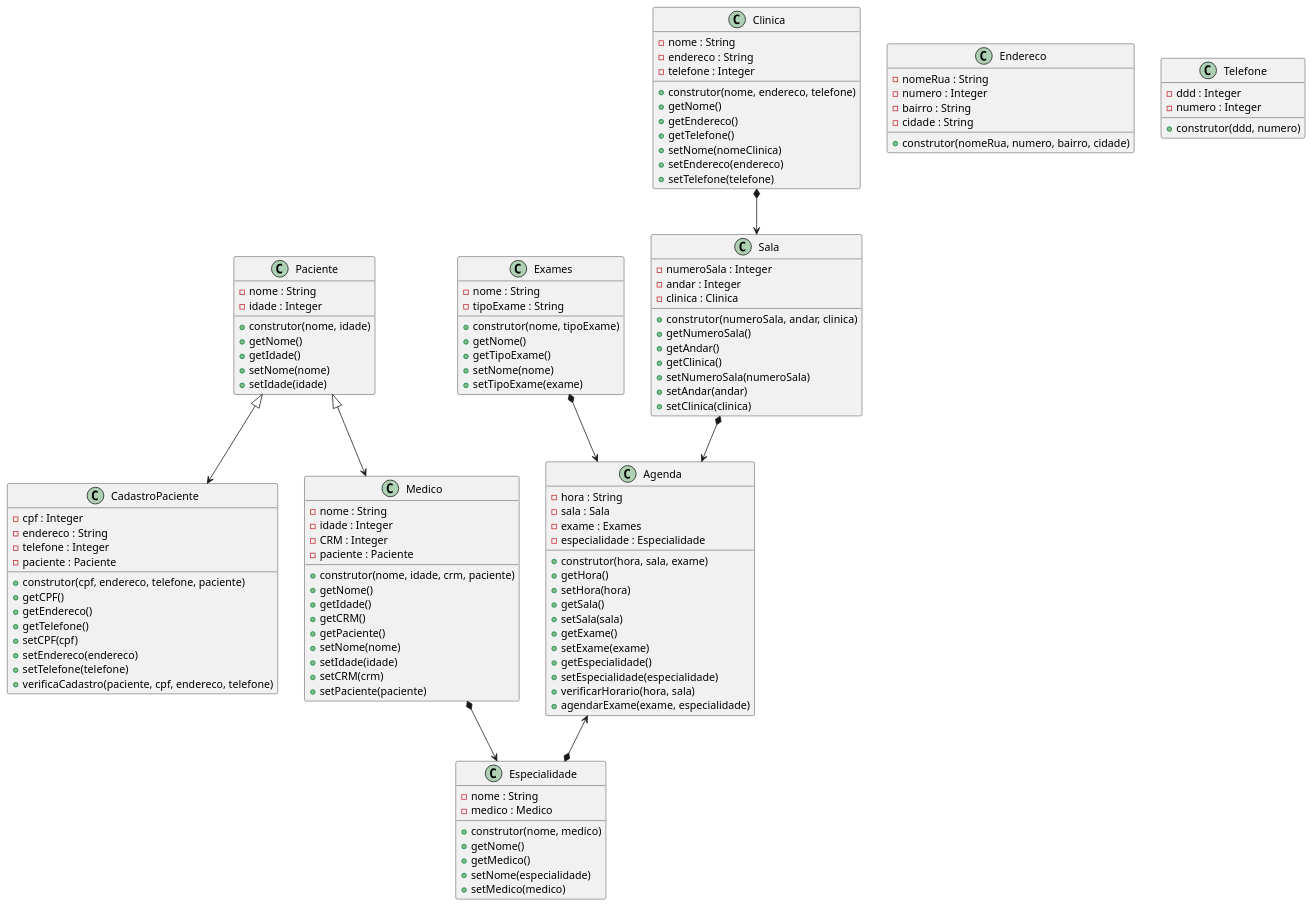
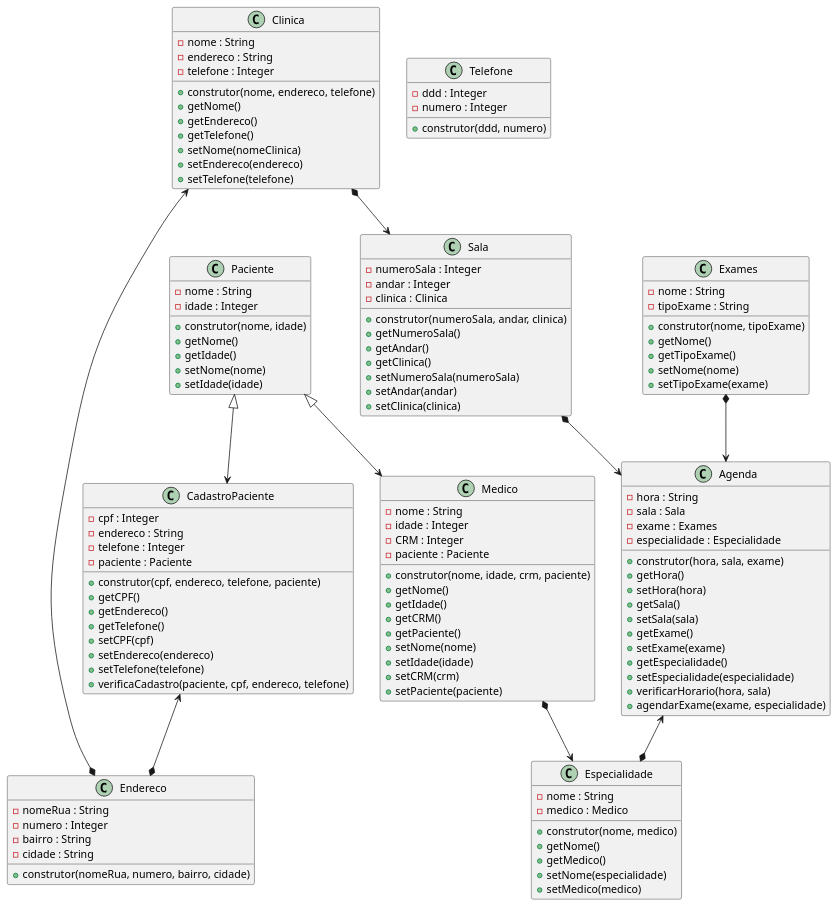
One commit to anleaes/2022-1-N2-POO-03 changed the diagram in diagrama.plantuml. Above: the diagram before and after it, drawn with PlantUML.

Commit message:
ajustado herança da classe endereco

```diff
--- a/diagrama.plantuml
+++ b/diagrama.plantuml
@@ -1,130 +1,132 @@
 @startuml Gerenciamento de Exames Medicos
 
     class Agenda{
         - hora : String
         - sala : Sala
         - exame : Exames
         - especialidade : Especialidade
         + construtor(hora, sala, exame)
         + getHora()
         + setHora(hora)
         + getSala()
         + setSala(sala)
         + getExame()
         + setExame(exame)
         + getEspecialidade()
         + setEspecialidade(especialidade)
         + verificarHorario(hora, sala)
         + agendarExame(exame, especialidade)
     }
 
     class Paciente{
         - nome : String
         - idade : Integer
         + construtor(nome, idade)
         + getNome()
         + getIdade()
         + setNome(nome)
         + setIdade(idade)
     }
 
     class CadastroPaciente{
         - cpf : Integer
         - endereco : String
         - telefone : Integer
         - paciente : Paciente
         + construtor(cpf, endereco, telefone, paciente)
         + getCPF()
         + getEndereco()
         + getTelefone()
         + setCPF(cpf)
         + setEndereco(endereco)
         + setTelefone(telefone)
         + verificaCadastro(paciente, cpf, endereco, telefone)
     }
 
     class Medico{
         - nome : String
         - idade : Integer
         - CRM : Integer
         - paciente : Paciente
         + construtor(nome, idade, crm, paciente)
         + getNome()
         + getIdade()
         + getCRM()
         + getPaciente()
         + setNome(nome)
         + setIdade(idade)
         + setCRM(crm)
         + setPaciente(paciente)
     }
 
     class Exames{
         - nome : String
         - tipoExame : String
         + construtor(nome, tipoExame)
         + getNome()
         + getTipoExame()
         + setNome(nome)
         + setTipoExame(exame)
     }
 
     class Especialidade{
         - nome : String
         - medico : Medico
         + construtor(nome, medico)
         + getNome()
         + getMedico()
         + setNome(especialidade)
         + setMedico(medico)
     }
 
     class Clinica{
         - nome : String
         - endereco : String
         - telefone : Integer
         + construtor(nome, endereco, telefone)
         + getNome()
         + getEndereco()
         + getTelefone()
         + setNome(nomeClinica)
         + setEndereco(endereco)
         + setTelefone(telefone)
     }
 
     class Sala{
         - numeroSala : Integer
         - andar : Integer
         - clinica : Clinica
         + construtor(numeroSala, andar, clinica)
         + getNumeroSala()
         + getAndar()
         + getClinica()
         + setNumeroSala(numeroSala)
         + setAndar(andar)
         + setClinica(clinica)
     }
 
     class Endereco{
         - nomeRua : String
         - numero : Integer
         - bairro : String
         - cidade : String
         + construtor(nomeRua, numero, bairro, cidade)
     }
 
     class Telefone{
         - ddd : Integer
         - numero : Integer
         + construtor(ddd, numero)
     }
 
     Paciente <|--> CadastroPaciente
     Paciente <|--> Medico
     Medico *--> Especialidade
     Exames *--> Agenda
     Sala *--> Agenda
     Agenda <--* Especialidade
     Clinica *--> Sala
+    Clinica <--* Endereco
+    CadastroPaciente <--* Endereco
 
 @enduml
```
